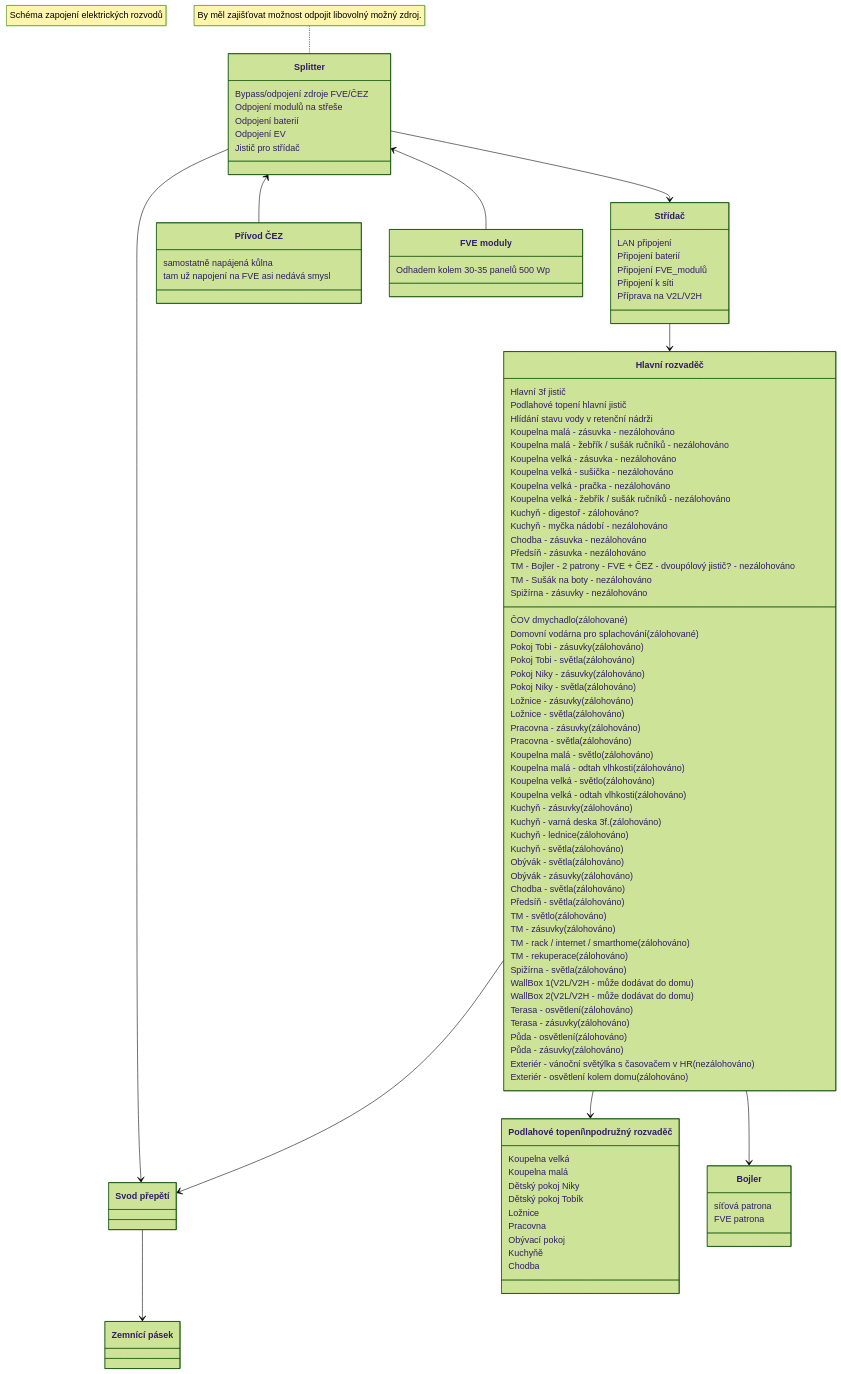
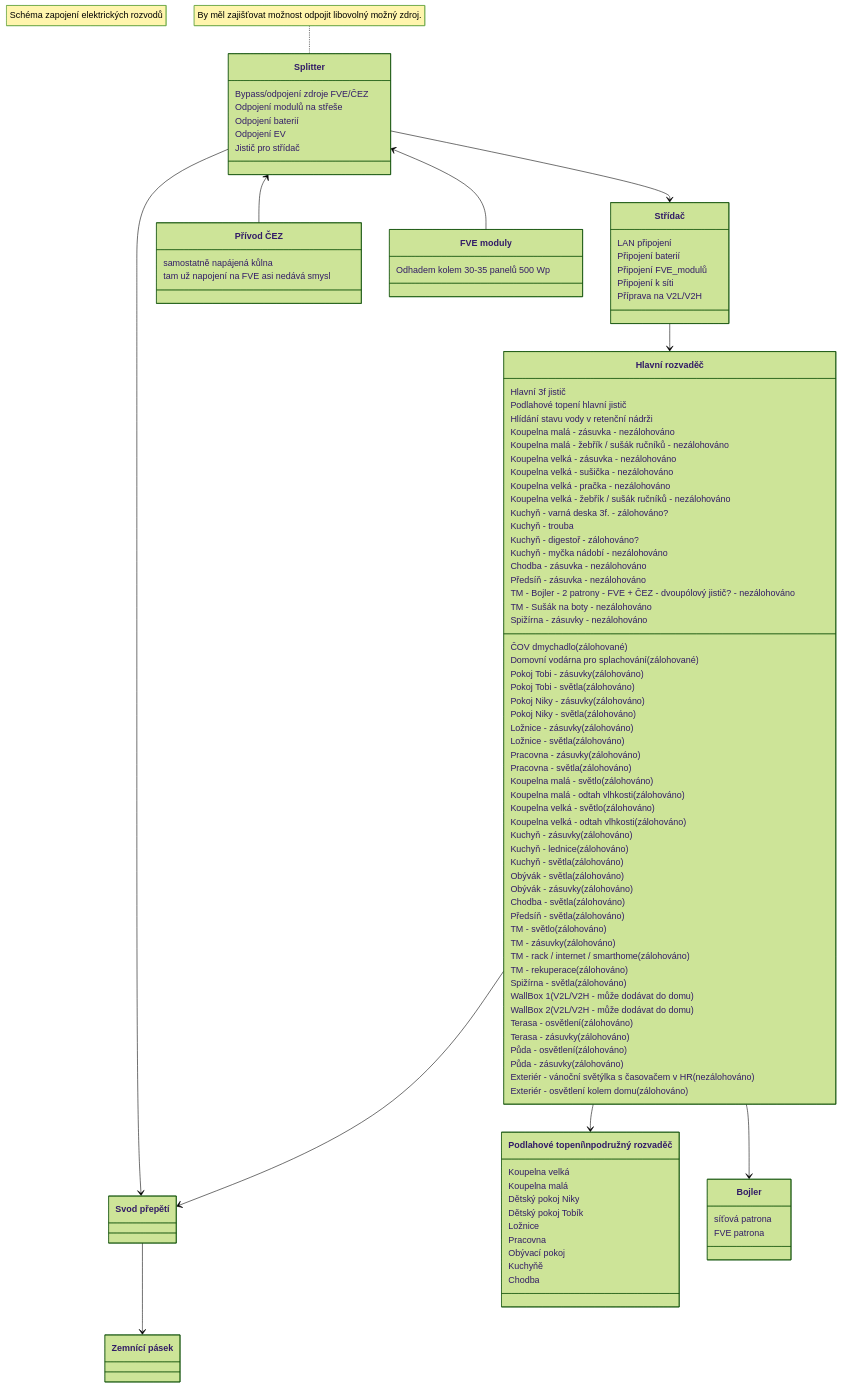
The first of 2 diagrams in Elektrika.md (mtrakal/smrci), drawn with Mermaid (forest theme) before and after one commit. The commit also changed other lines of this file and 5 other files, not shown here.

```diff
--- a/Elektrika.md
+++ b/Elektrika.md
@@ -84,8 +85,9 @@
     Koupelna velká - žebřík / sušák ručníků - nezálohováno
 
     Kuchyň - zásuvky (zálohováno)
-    Kuchyň - varná deska 3f. (zálohováno)
+    Kuchyň - varná deska 3f. - zálohováno?
     Kuchyň - lednice (zálohováno)
+    Kuchyň - trouba
     Kuchyň - světla (zálohováno)
     Kuchyň - digestoř - zálohováno?
     Kuchyň - myčka nádobí - nezálohováno
```
